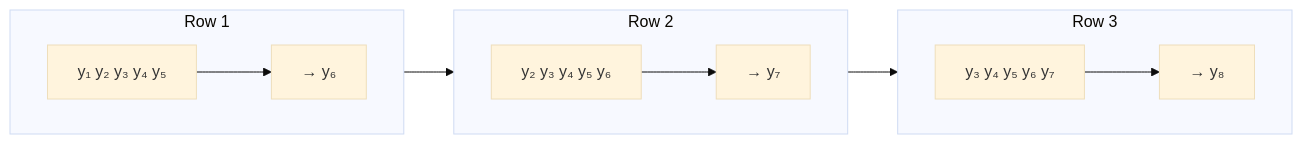
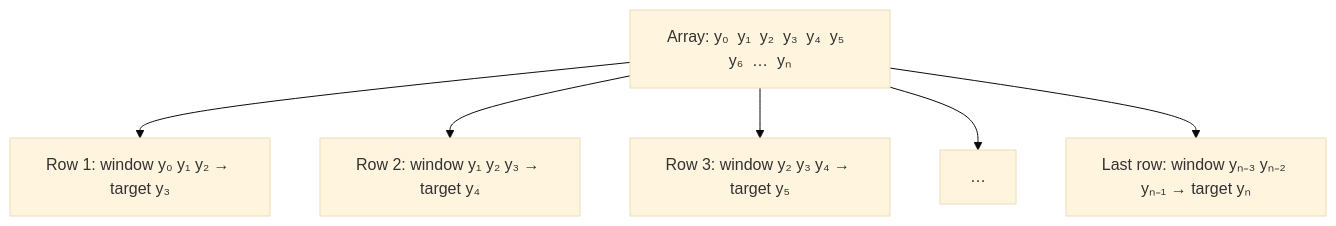
One commit to Rathachai/DA-LAB changed the second of 4 diagrams in learnings/linear/en-04-time-series.md. Above: the diagram before and after it, drawn with Mermaid (base theme). The commit also changed other lines of this file and 5 other files, not shown here.

````diff
--- a/learnings/linear/en-04-time-series.md
+++ b/learnings/linear/en-04-time-series.md
@@ -56,16 +97,9 @@
 ```mermaid
-flowchart LR
-    subgraph W1["Row 1"]
-    direction LR
-    a1["y₁ y₂ y₃ y₄ y₅"] --> t1["→ y₆"]
-    end
-    subgraph W2["Row 2"]
-    direction LR
-    a2["y₂ y₃ y₄ y₅ y₆"] --> t2["→ y₇"]
-    end
-    subgraph W3["Row 3"]
-    direction LR
-    a3["y₃ y₄ y₅ y₆ y₇"] --> t3["→ y₈"]
-    end
-    W1 --> W2 --> W3
+flowchart TD
+    A["Array: y₀  y₁  y₂  y₃  y₄  y₅  y₆  …  yₙ"]
+    A --> R1["Row 1: window y₀ y₁ y₂ → target y₃"]
+    A --> R2["Row 2: window y₁ y₂ y₃ → target y₄"]
+    A --> R3["Row 3: window y₂ y₃ y₄ → target y₅"]
+    A --> R4["…"]
+    A --> RL["Last row: window yₙ₋₃ yₙ₋₂ yₙ₋₁ → target yₙ"]
 ```
````
